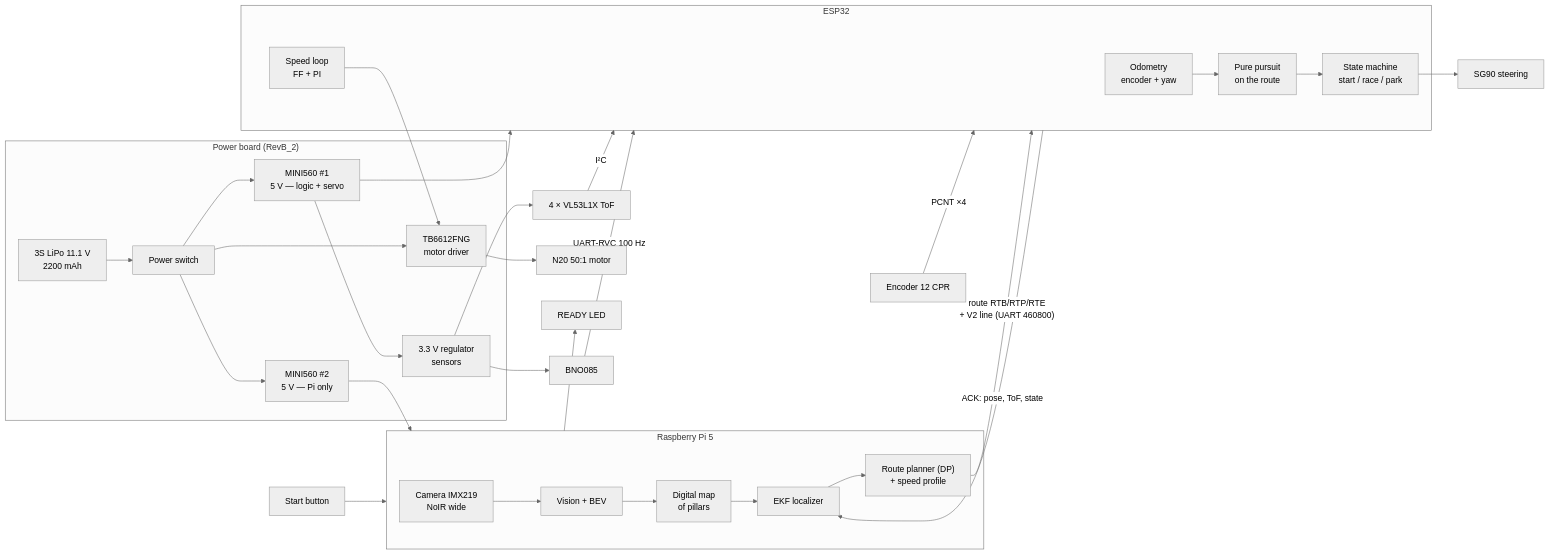
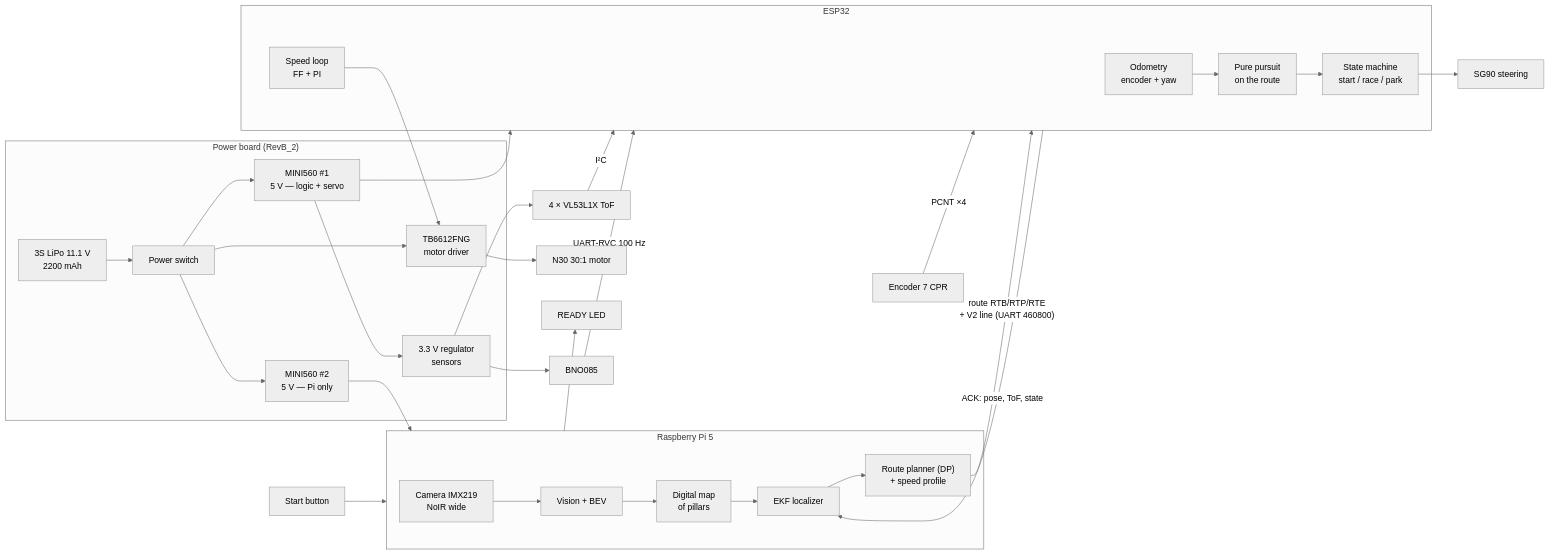
The first of 6 diagrams in README.md (Nakashima26/WRO_FE_2026_FoxRobotics), drawn with Mermaid (neutral theme) before and after one commit. The commit also changed other lines of this file and 8 other files, not shown here.

````diff
--- a/README.md
+++ b/README.md
@@ -180,34 +180,34 @@
 ```mermaid
 flowchart LR
   subgraph PWR["Power board (RevB_2)"]
     BAT["3S LiPo 11.1 V<br/>2200 mAh"] --> SW["Power switch"]
     SW --> BUCKPI["MINI560 #2<br/>5 V — Pi only"]
     SW --> BUCK["MINI560 #1<br/>5 V — logic + servo"]
     SW --> DRV["TB6612FNG<br/>motor driver"]
     BUCK --> REG33["3.3 V regulator<br/>sensors"]
   end
   subgraph PI["Raspberry Pi 5"]
     CAM["Camera IMX219<br/>NoIR wide"] --> VIS["Vision + BEV"]
     VIS --> MAP["Digital map<br/>of pillars"]
     MAP --> LOC["EKF localizer"]
     LOC --> PLAN["Route planner (DP)<br/>+ speed profile"]
   end
   subgraph ESP["ESP32"]
     ODO["Odometry<br/>encoder + yaw"] --> PP["Pure pursuit<br/>on the route"]
     PP --> SM["State machine<br/>start / race / park"]
     SPD["Speed loop<br/>FF + PI"]
   end
   BUCKPI --> PI
   BUCK --> ESP
   REG33 --> TOF["4 × VL53L1X ToF"]
   REG33 --> IMU["BNO085"]
   PLAN -- "route RTB/RTP/RTE<br/>+ V2 line (UART 460800)" --> ESP
   ESP -- "ACK: pose, ToF, state" --> LOC
   TOF -- "I²C" --> ESP
   IMU -- "UART-RVC 100 Hz" --> ESP
-  ENC["Encoder 12 CPR"] -- "PCNT ×4" --> ESP
+  ENC["Encoder 7 CPR"] -- "PCNT ×4" --> ESP
   SM --> SERVO["SG90 steering"]
-  SPD --> DRV --> MOT["N20 50:1 motor"]
+  SPD --> DRV --> MOT["N30 30:1 motor"]
   BTN["Start button"] --> PI
   PI --> LED["READY LED"]
 ```
````
